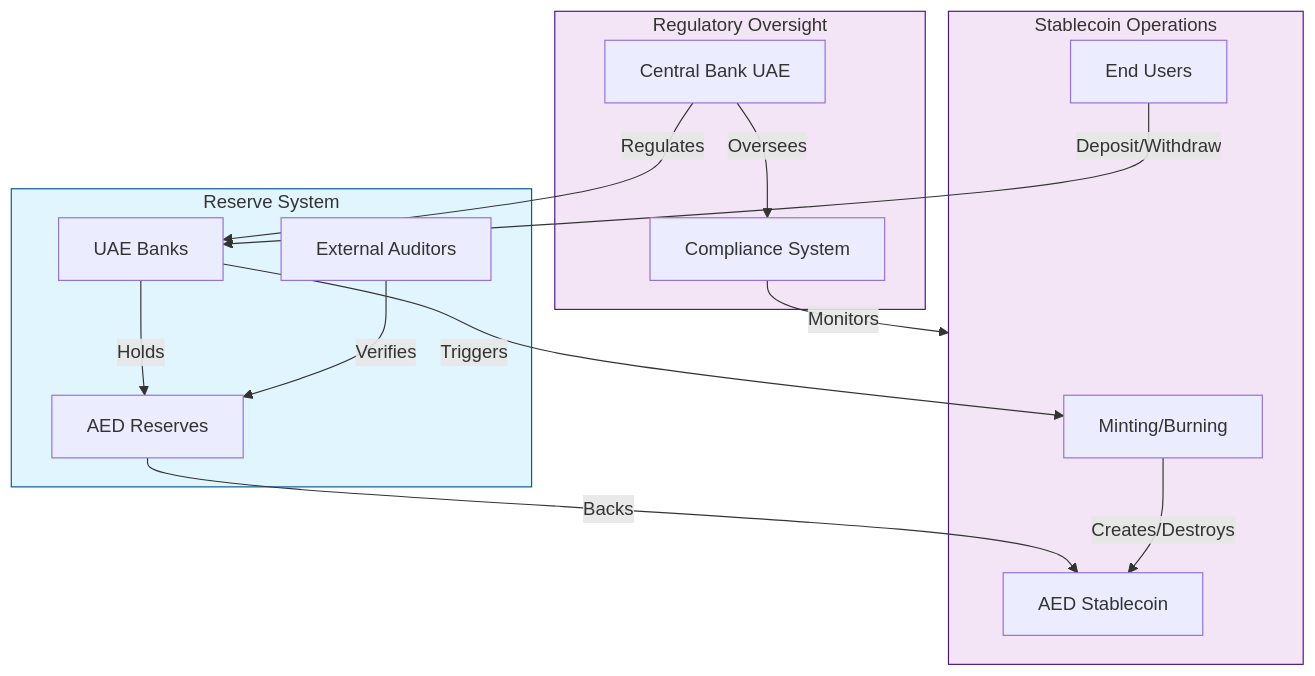
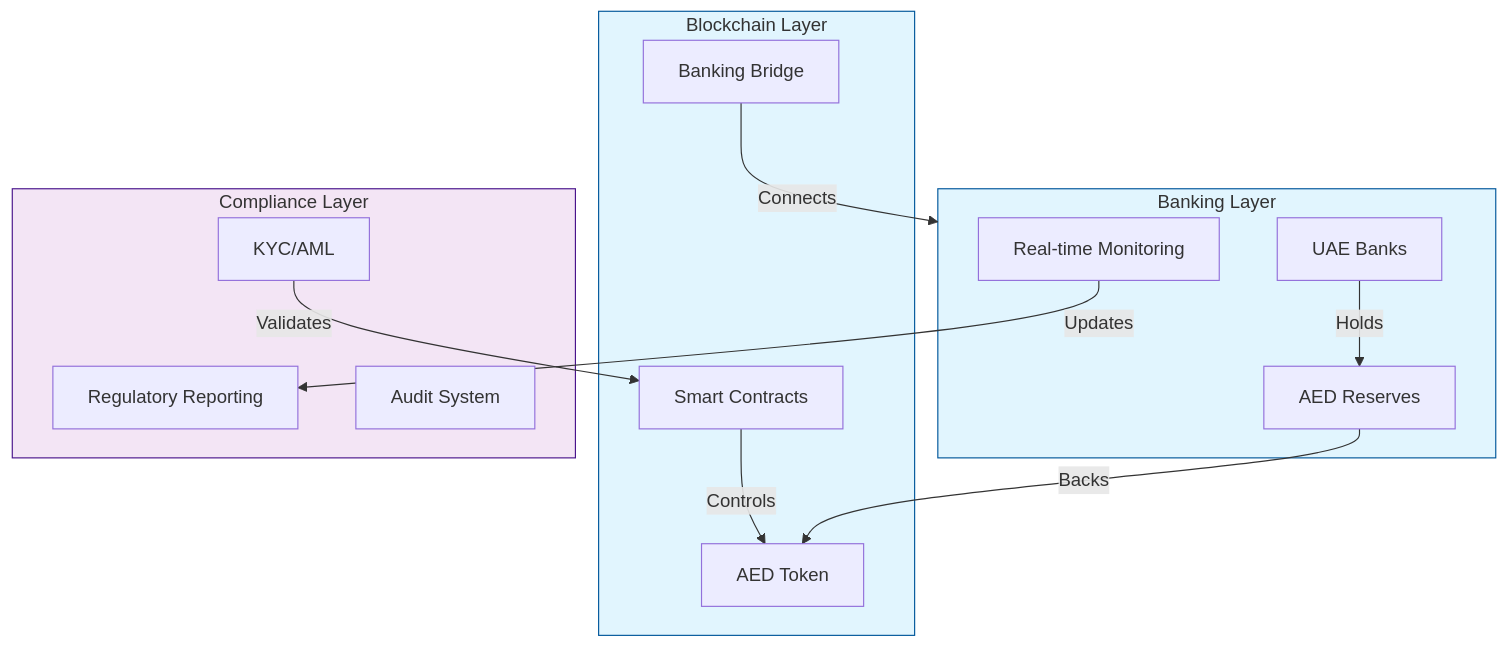
Before and after one commit to scionx-io/documentation: the first of 6 diagrams in stablecoin.md, drawn with Mermaid. The commit also changed other lines of this file, not shown here.

````diff
--- a/stablecoin.md
+++ b/stablecoin.md
@@ -11,34 +5,32 @@
 ```mermaid
 graph TB
-    subgraph ReserveSystem["Reserve System"]
-        Bank["UAE Banks"]
-        Audit["External Auditors"]
-        Reserve["AED Reserves"]
+    subgraph Banking["Banking Layer"]
+        Banks["UAE Banks"]
+        Reserves["AED Reserves"]
+        Monitoring["Real-time Monitoring"]
     end
 
-    subgraph StablecoinSystem["Stablecoin Operations"]
-        Mint["Minting/Burning"]
-        Token["AED Stablecoin"]
-        Users["End Users"]
+    subgraph Blockchain["Blockchain Layer"]
+        Smart["Smart Contracts"]
+        Token["AED Token"]
+        Bridge["Banking Bridge"]
     end
 
-    subgraph Regulatory["Regulatory Oversight"]
-        CBUAE["Central Bank UAE"]
-        Compliance["Compliance System"]
+    subgraph Compliance["Compliance Layer"]
+        KYC["KYC/AML"]
+        Reports["Regulatory Reporting"]
+        Audit["Audit System"]
     end
 
-    Bank -->|Holds| Reserve
-    Reserve -->|Backs| Token
-    Audit -->|Verifies| Reserve
-    CBUAE -->|Regulates| Bank
-    Users -->|Deposit/Withdraw| Bank
-    Bank -->|Triggers| Mint
-    Mint -->|Creates/Destroys| Token
-    CBUAE -->|Oversees| Compliance
-    Compliance -->|Monitors| StablecoinSystem
+    Banks -->|Holds| Reserves
+    Reserves -->|Backs| Token
+    Smart -->|Controls| Token
+    Bridge -->|Connects| Banking
+    KYC -->|Validates| Smart
+    Monitoring -->|Updates| Reports
 
     classDef primary fill:#e1f5fe,stroke:#01579b
     classDef secondary fill:#f3e5f5,stroke:#4a148c
-    class ReserveSystem primary
-    class StablecoinSystem,Regulatory secondary
+    class Banking,Blockchain primary
+    class Compliance secondary
 ```
````
